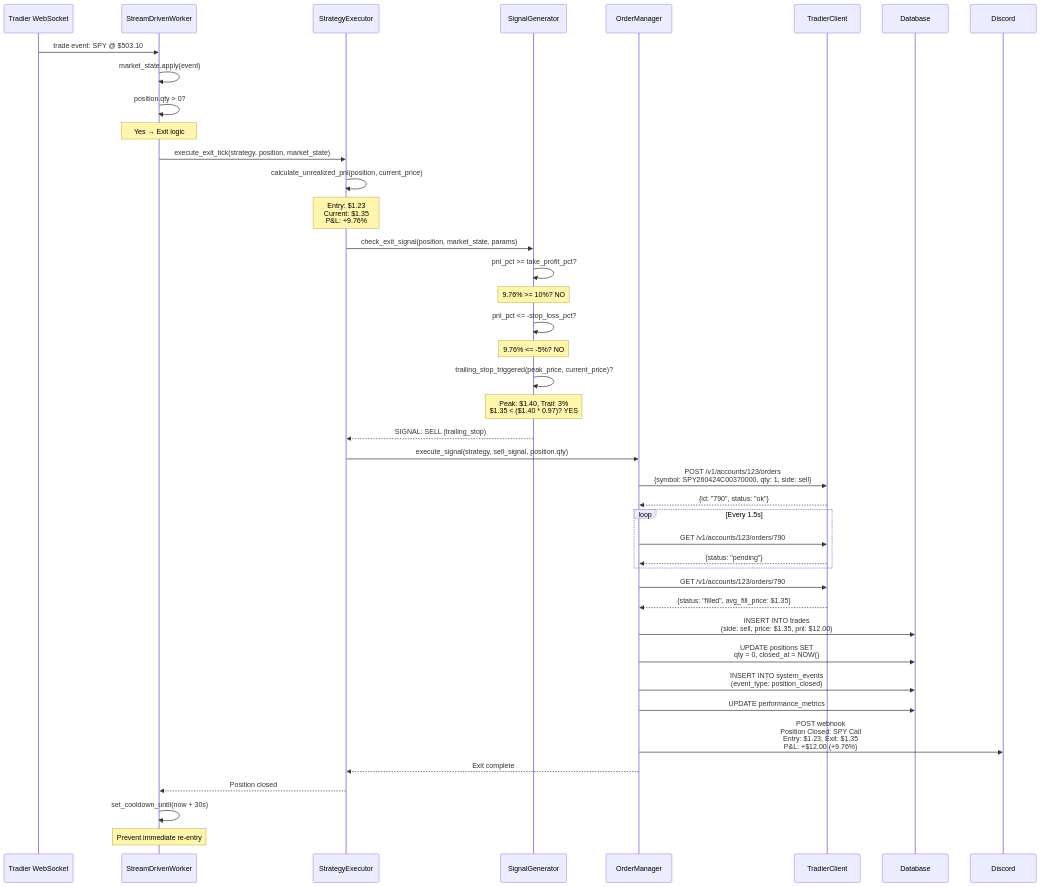
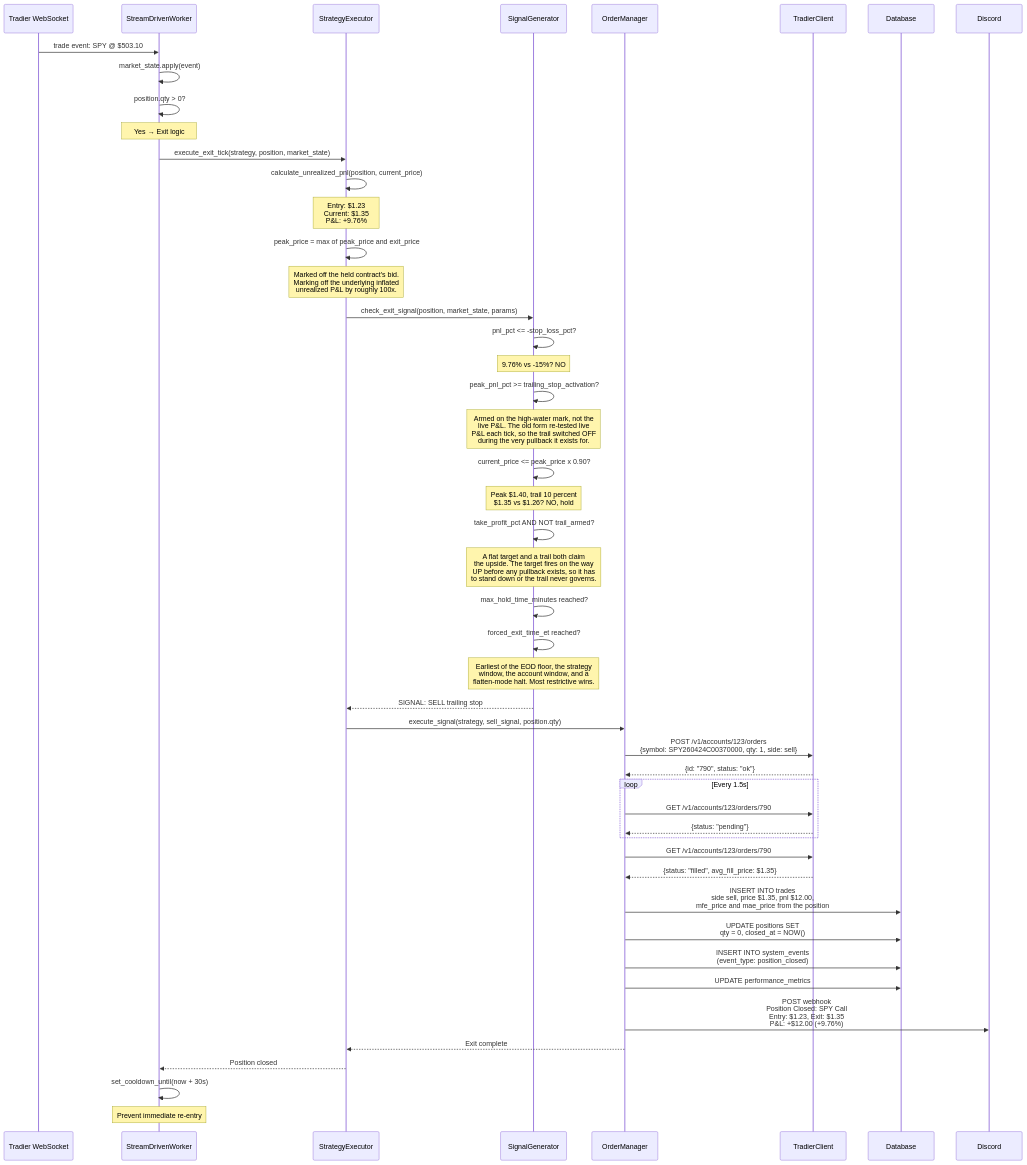
Before and after one commit to PirateKingSteve-0/VegaPunkR: the fourth of 11 diagrams in docs/architecture-diagram.md, drawn with Mermaid. The commit also changed other lines of this file and 11 other files, not shown here.

Commit message:
FIX - account websocket issue, arch diagram file, prehook commit

```diff
--- a/docs/architecture-diagram.md
+++ b/docs/architecture-diagram.md
@@ -378,22 +402,33 @@
     SE->>SE: calculate_unrealized_pnl(position, current_price)
     Note over SE: Entry: $1.23<br/>Current: $1.35<br/>P&L: +9.76%
 
+    %% High-water mark, kept on the CONTRACT not the underlying
+    SE->>SE: peak_price = max of peak_price and exit_price
+    Note over SE: Marked off the held contract's bid.<br/>Marking off the underlying inflated<br/>unrealized P&L by roughly 100x.
+
     %% Check exit signals
     SE->>SG: check_exit_signal(position, market_state, params)
 
-    %% Take profit check
-    SG->>SG: pnl_pct >= take_profit_pct?
-    Note over SG: 9.76% >= 10%? NO
+    %% 1. Stop loss — evaluated first, never gated behind anything
+    SG->>SG: pnl_pct <= -stop_loss_pct?
+    Note over SG: 9.76% vs -15%? NO
 
-    %% Stop loss check
-    SG->>SG: pnl_pct <= -stop_loss_pct?
-    Note over SG: 9.76% <= -5%? NO
+    %% 2. Trailing stop — armed off the PEAK, and it latches
+    SG->>SG: peak_pnl_pct >= trailing_stop_activation?
+    Note over SG: Armed on the high-water mark, not the<br/>live P&L. The old form re-tested live<br/>P&L each tick, so the trail switched OFF<br/>during the very pullback it exists for.
+    SG->>SG: current_price <= peak_price x 0.90?
+    Note over SG: Peak $1.40, trail 10 percent<br/>$1.35 vs $1.26? NO, hold
 
-    %% Trailing stop check
-    SG->>SG: trailing_stop_triggered(peak_price, current_price)?
-    Note over SG: Peak: $1.40, Trail: 3%<br/>$1.35 < ($1.40 * 0.97)? YES
+    %% 3. Take profit — SUPPRESSED while the trail is armed
+    SG->>SG: take_profit_pct AND NOT trail_armed?
+    Note over SG: A flat target and a trail both claim<br/>the upside. The target fires on the way<br/>UP before any pullback exists, so it has<br/>to stand down or the trail never governs.
 
-    SG-->>SE: SIGNAL: SELL (trailing_stop)
+    %% 4. Max hold, 5. time of day
+    SG->>SG: max_hold_time_minutes reached?
+    SG->>SG: forced_exit_time_et reached?
+    Note over SG: Earliest of the EOD floor, the strategy<br/>window, the account window, and a<br/>flatten-mode halt. Most restrictive wins.
+
+    SG-->>SE: SIGNAL: SELL trailing stop
 
     %% Execute sell order
     SE->>OM: execute_signal(strategy, sell_signal, position.qty)
@@ -412,7 +447,7 @@
     TC-->>OM: {status: "filled", avg_fill_price: $1.35}
 
     %% Update database
-    OM->>DB: INSERT INTO trades<br/>(side: sell, price: $1.35, pnl: $12.00)
+    OM->>DB: INSERT INTO trades<br/>side sell, price $1.35, pnl $12.00,<br/>mfe_price and mae_price from the position
     OM->>DB: UPDATE positions SET<br/>qty = 0, closed_at = NOW()
     OM->>DB: INSERT INTO system_events<br/>(event_type: position_closed)
     OM->>DB: UPDATE performance_metrics
```
